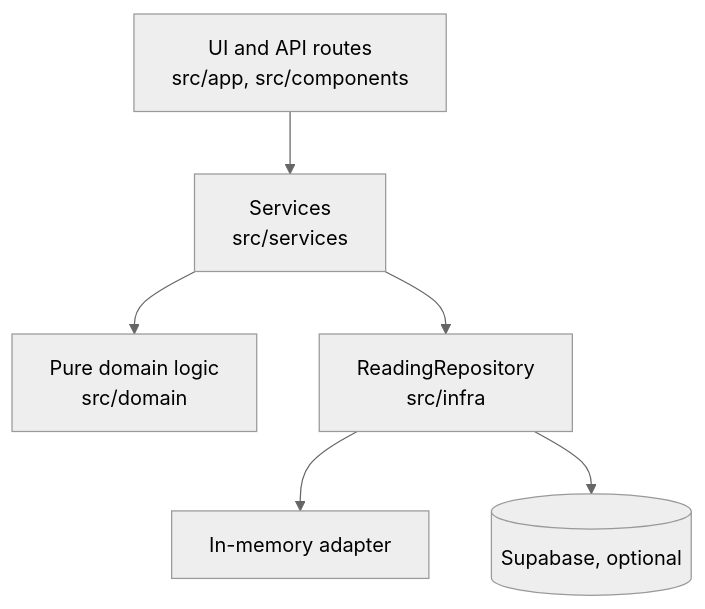
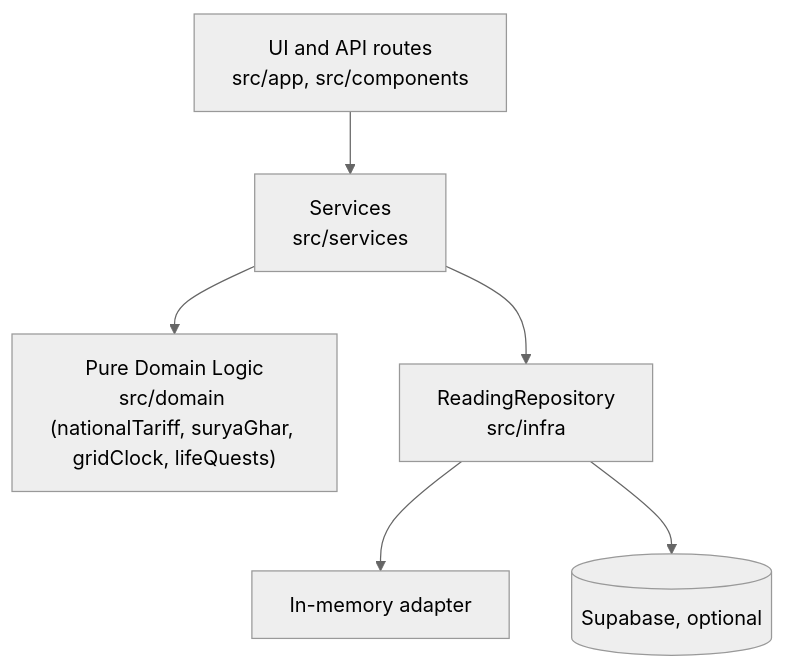
Before and after one commit to harsh773988/Wattwise: the second of 2 diagrams in README.md, drawn with Mermaid (neutral theme). The commit also changed other lines of this file and 82 other files, not shown here.

````diff
--- a/README.md
+++ b/README.md
@@ -38,8 +41,8 @@
 ```mermaid
 flowchart TD
   UI["UI and API routes<br/>src/app, src/components"] --> S["Services<br/>src/services"]
-  S --> D["Pure domain logic<br/>src/domain"]
+  S --> D["Pure Domain Logic<br/>src/domain (nationalTariff, suryaGhar, gridClock, lifeQuests)"]
   S --> R["ReadingRepository<br/>src/infra"]
   R --> M["In-memory adapter"]
   R --> DB[("Supabase, optional")]
 ```
````
